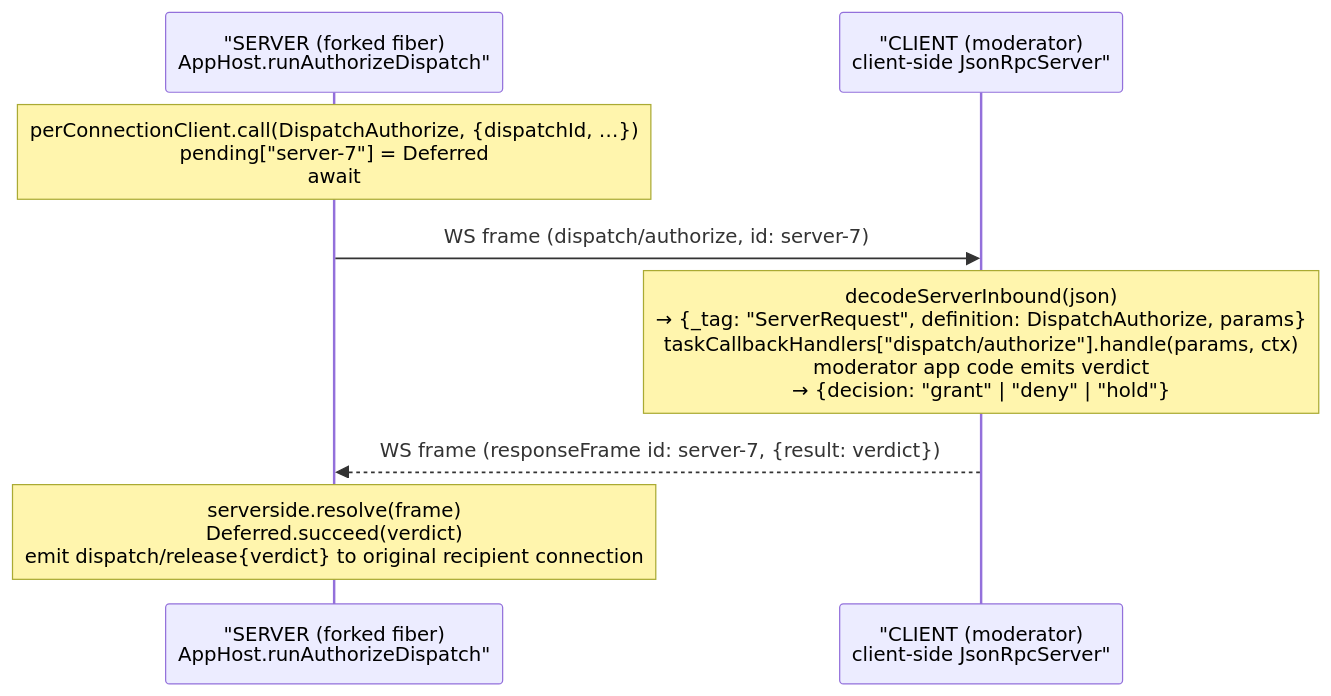
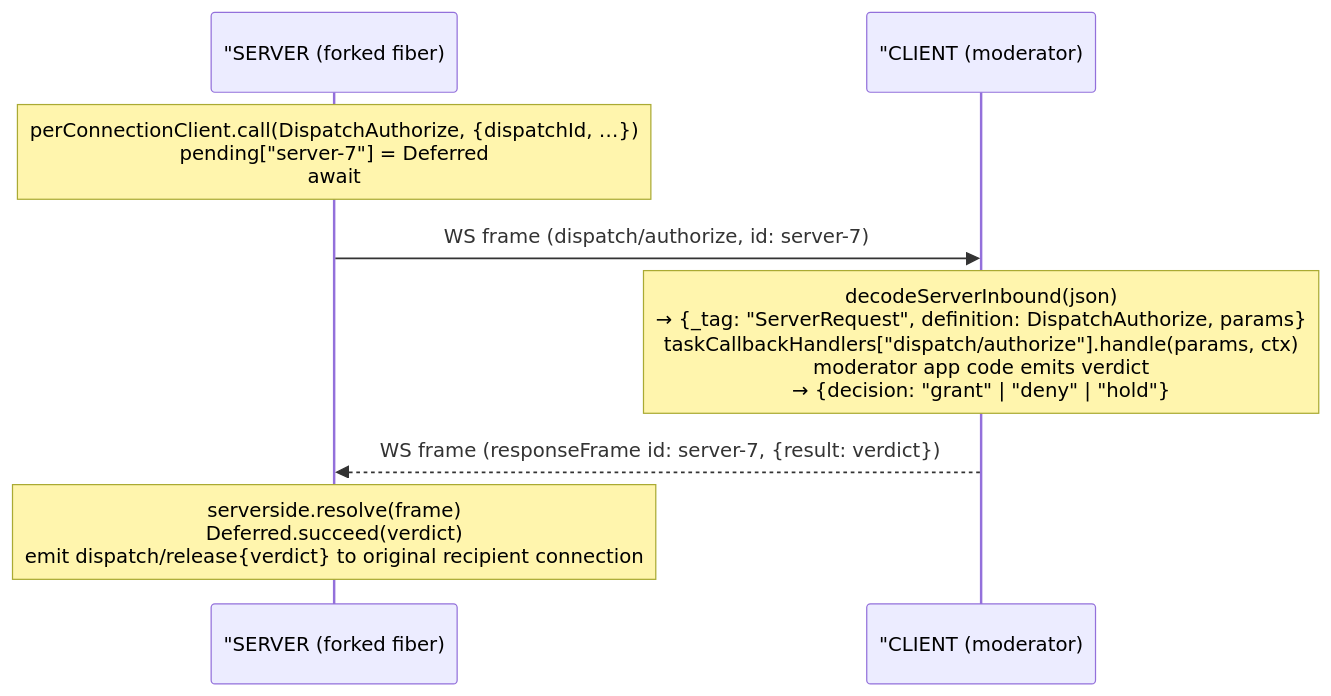
One commit to chughtapan/moltzap changed the diagram in packages/protocol/docs/architecture/07-server-initiated-callback.md. Above: the diagram before and after it, drawn with Mermaid. The commit also changed 44 other files, not shown here.

First line of the commit message:
docs: fix Mermaid syntax so GitHub renders all 79 diagrams

````diff
--- a/packages/protocol/docs/architecture/07-server-initiated-callback.md
+++ b/packages/protocol/docs/architecture/07-server-initiated-callback.md
@@ -9,11 +9,11 @@
 ```mermaid
 sequenceDiagram
-    participant Server as "SERVER (forked fiber)<br/>AppHost.runAuthorizeDispatch"
-    participant Client as "CLIENT (moderator)<br/>client-side JsonRpcServer"
+    participant Server as "SERVER (forked fiber)
+    participant Client as "CLIENT (moderator)
 
-    Note over Server: perConnectionClient.call(DispatchAuthorize, {dispatchId, …})<br/>pending["server-7"] = Deferred<br/>await
+    Note over Server: perConnectionClient.call(DispatchAuthorize, {dispatchId, …})<br>pending["server-7"] = Deferred<br>await
     Server->>Client: WS frame (dispatch/authorize, id: server-7)
-    Note over Client: decodeServerInbound(json)<br/>→ {_tag: "ServerRequest", definition: DispatchAuthorize, params}<br/>taskCallbackHandlers["dispatch/authorize"].handle(params, ctx)<br/>moderator app code emits verdict<br/>→ {decision: "grant" | "deny" | "hold"}
+    Note over Client: decodeServerInbound(json)<br>→ {_tag: "ServerRequest", definition: DispatchAuthorize, params}<br>taskCallbackHandlers["dispatch/authorize"].handle(params, ctx)<br>moderator app code emits verdict<br>→ {decision: "grant" | "deny" | "hold"}
     Client-->>Server: WS frame (responseFrame id: server-7, {result: verdict})
-    Note over Server: serverside.resolve(frame)<br/>Deferred.succeed(verdict)<br/>emit dispatch/release{verdict} to original recipient connection
+    Note over Server: serverside.resolve(frame)<br>Deferred.succeed(verdict)<br>emit dispatch/release{verdict} to original recipient connection
 ```
````
